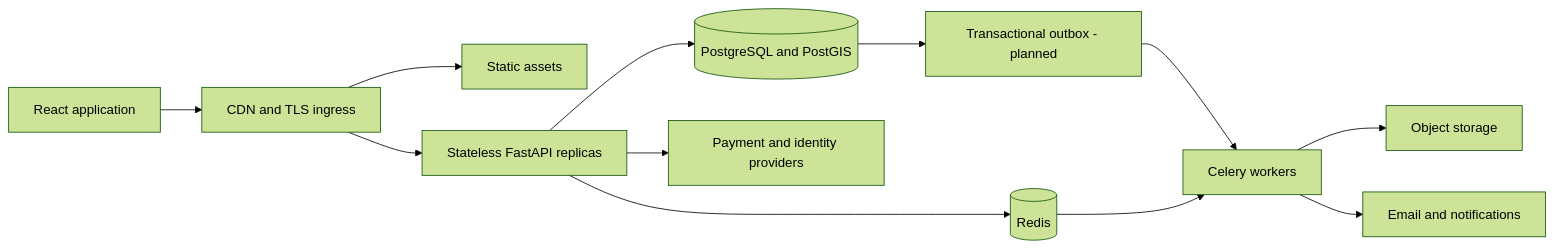
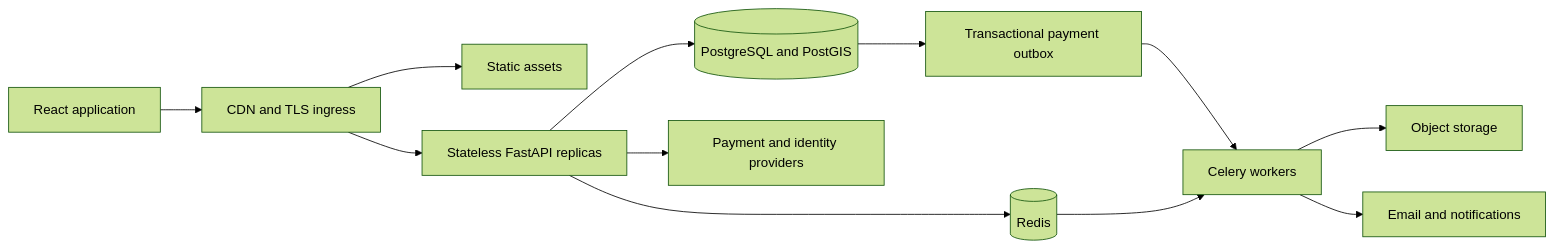
Before and after one commit to baalebos-cloud/fashion-hub: the diagram in docs/architecture-review.md, drawn with Mermaid (forest theme). The commit also changed other lines of this file and 5 other files, not shown here.

Commit message:
Align migrated invoice and notification schema; document recovery operations

````diff
--- a/docs/architecture-review.md
+++ b/docs/architecture-review.md
@@ -15,14 +15,14 @@
 ```mermaid
 flowchart LR
     Browser[React application] --> Edge[CDN and TLS ingress]
     Edge --> Assets[Static assets]
     Edge --> API[Stateless FastAPI replicas]
     API --> DB[(PostgreSQL and PostGIS)]
     API --> Redis[(Redis)]
     API --> Providers[Payment and identity providers]
-    DB --> Outbox[Transactional outbox - planned]
+    DB --> Outbox[Transactional payment outbox]
     Outbox --> Workers[Celery workers]
     Redis --> Workers
     Workers --> Storage[Object storage]
     Workers --> Notifications[Email and notifications]
 ```
````
